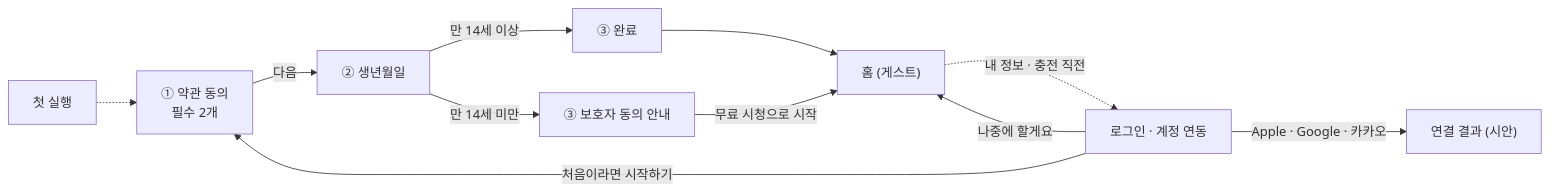
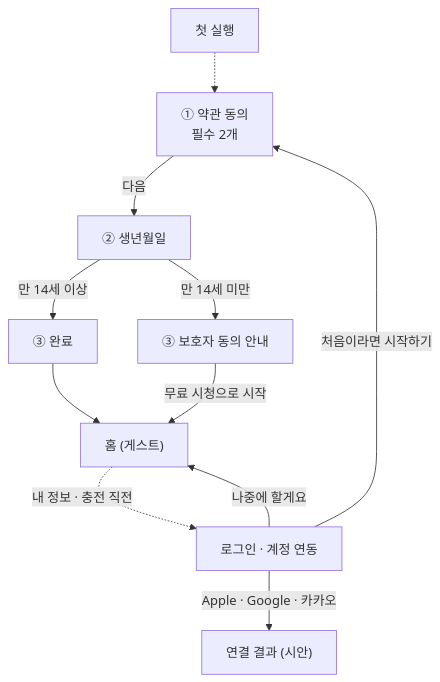
The diagram in _docs/spec/09_앱_로그인_시작하기_시안.md (ejrhgk16/aivideo_av), drawn with Mermaid before and after one commit.

Commit message:
Draw the spec 09 flow top-down so it stays readable on GitHub

````diff
--- a/_docs/spec/09_앱_로그인_시작하기_시안.md
+++ b/_docs/spec/09_앱_로그인_시작하기_시안.md
@@ -9,13 +9,13 @@
 ```mermaid
-flowchart LR
+flowchart TD
   F["첫 실행"] -.-> S1["① 약관 동의<br/>필수 2개"]
   S1 -->|"다음"| S2["② 생년월일"]
   S2 -->|"만 14세 이상"| S3a["③ 완료"]
   S2 -->|"만 14세 미만"| S3b["③ 보호자 동의 안내"]
   S3a --> H["홈 (게스트)"]
   S3b -->|"무료 시청으로 시작"| H
   H -.->|"내 정보 · 충전 직전"| L1["로그인 · 계정 연동"]
   L1 -->|"Apple · Google · 카카오"| L2["연결 결과 (시안)"]
   L1 -->|"나중에 할게요"| H
   L1 -->|"처음이라면 시작하기"| S1
 ```
````
